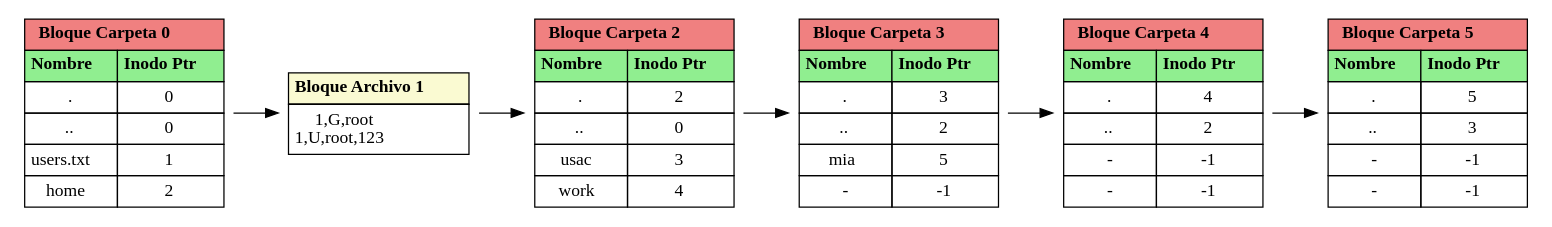
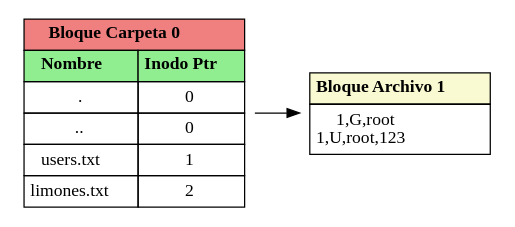
The diagram in backend/output/report_block.dot (Ennero/MIA_1S2025_P1_202302220), drawn with Graphviz before and after one commit. The commit also changed 10 other files, not shown here.

```diff
--- a/backend/output/report_block.dot
+++ b/backend/output/report_block.dot
@@ -1,19 +1,11 @@
 digraph G {
         rankdir=LR;
         node [shape=plaintext];
     
-	block0 [label=<<table border="0" cellborder="1" cellspacing="0" cellpadding="4"><tr><td colspan="2" bgcolor="lightcoral"><b>Bloque Carpeta 0</b></td></tr><tr><td bgcolor="lightgreen"><b>Nombre</b></td><td bgcolor="lightgreen"><b>Inodo Ptr</b></td></tr><tr><td>.</td><td>0</td></tr><tr><td>..</td><td>0</td></tr><tr><td>users.txt</td><td>1</td></tr><tr><td>home</td><td>2</td></tr></table>>];
+	block0 [label=<<table border="0" cellborder="1" cellspacing="0" cellpadding="4"><tr><td colspan="2" bgcolor="lightcoral"><b>Bloque Carpeta 0</b></td></tr><tr><td bgcolor="lightgreen"><b>Nombre</b></td><td bgcolor="lightgreen"><b>Inodo Ptr</b></td></tr><tr><td>.</td><td>0</td></tr><tr><td>..</td><td>0</td></tr><tr><td>users.txt</td><td>1</td></tr><tr><td>limones.txt</td><td>2</td></tr></table>>];
 	block0 -> block1;
 	block1 [label=<<table border="0" cellborder="1" cellspacing="0" cellpadding="4">
                             <tr><td bgcolor="lightgoldenrodyellow"><b>Bloque Archivo 1</b></td></tr>
                             <tr><td align="left">1,G,root<BR/>1,U,root,123<BR/></td></tr>
                         </table>>];
-	block1 -> block2;
-	block2 [label=<<table border="0" cellborder="1" cellspacing="0" cellpadding="4"><tr><td colspan="2" bgcolor="lightcoral"><b>Bloque Carpeta 2</b></td></tr><tr><td bgcolor="lightgreen"><b>Nombre</b></td><td bgcolor="lightgreen"><b>Inodo Ptr</b></td></tr><tr><td>.</td><td>2</td></tr><tr><td>..</td><td>0</td></tr><tr><td>usac</td><td>3</td></tr><tr><td>work</td><td>4</td></tr></table>>];
-	block2 -> block3;
-	block3 [label=<<table border="0" cellborder="1" cellspacing="0" cellpadding="4"><tr><td colspan="2" bgcolor="lightcoral"><b>Bloque Carpeta 3</b></td></tr><tr><td bgcolor="lightgreen"><b>Nombre</b></td><td bgcolor="lightgreen"><b>Inodo Ptr</b></td></tr><tr><td>.</td><td>3</td></tr><tr><td>..</td><td>2</td></tr><tr><td>mia</td><td>5</td></tr><tr><td>-</td><td>-1</td></tr></table>>];
-	block3 -> block4;
-	block4 [label=<<table border="0" cellborder="1" cellspacing="0" cellpadding="4"><tr><td colspan="2" bgcolor="lightcoral"><b>Bloque Carpeta 4</b></td></tr><tr><td bgcolor="lightgreen"><b>Nombre</b></td><td bgcolor="lightgreen"><b>Inodo Ptr</b></td></tr><tr><td>.</td><td>4</td></tr><tr><td>..</td><td>2</td></tr><tr><td>-</td><td>-1</td></tr><tr><td>-</td><td>-1</td></tr></table>>];
-	block4 -> block5;
-	block5 [label=<<table border="0" cellborder="1" cellspacing="0" cellpadding="4"><tr><td colspan="2" bgcolor="lightcoral"><b>Bloque Carpeta 5</b></td></tr><tr><td bgcolor="lightgreen"><b>Nombre</b></td><td bgcolor="lightgreen"><b>Inodo Ptr</b></td></tr><tr><td>.</td><td>5</td></tr><tr><td>..</td><td>3</td></tr><tr><td>-</td><td>-1</td></tr><tr><td>-</td><td>-1</td></tr></table>>];
 }
```
